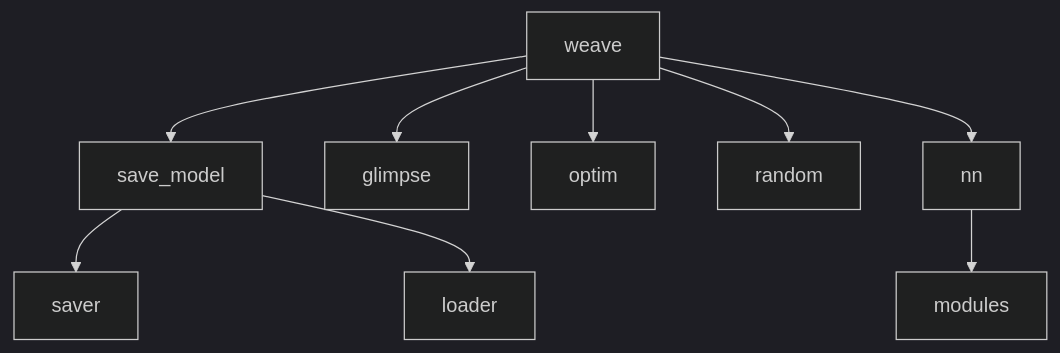
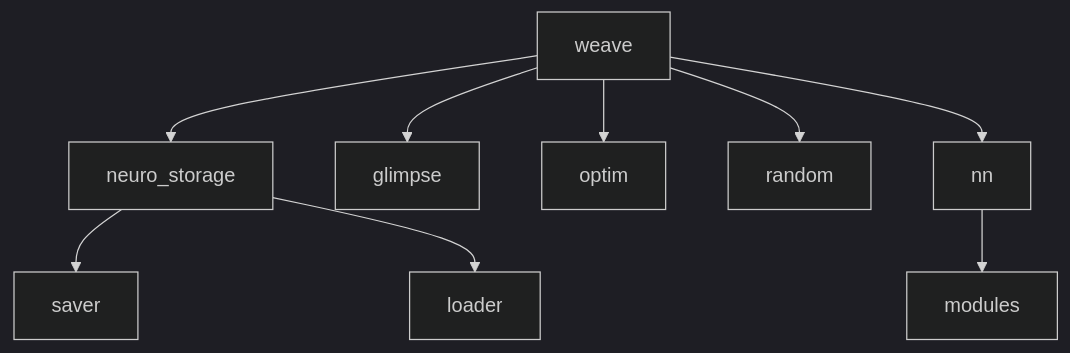
Before and after one commit to stas-gatin/NeuroWeave: the diagram in README.md, drawn with Mermaid (dark theme).

````diff
--- a/README.md
+++ b/README.md
@@ -46,11 +46,11 @@
 ```mermaid
 graph TD;
-    weave-->save_model;
+    weave-->neuro_storage;
     weave-->glimpse;
     weave-->optim;
     weave-->random;
     weave-->nn;
     nn-->modules;
-    save_model-->saver;
-    save_model-->loader;
+    neuro_storage-->saver;
+    neuro_storage-->loader;
 ```
````
